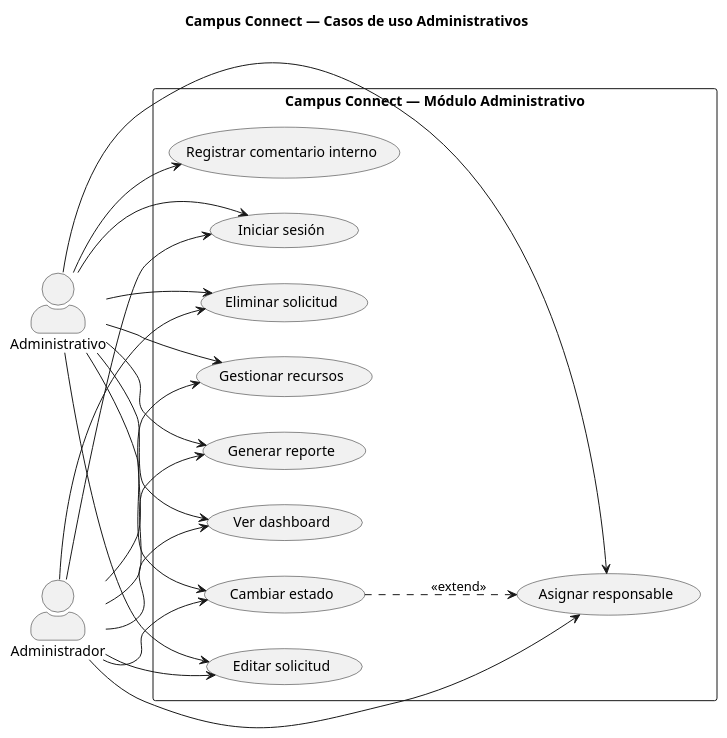
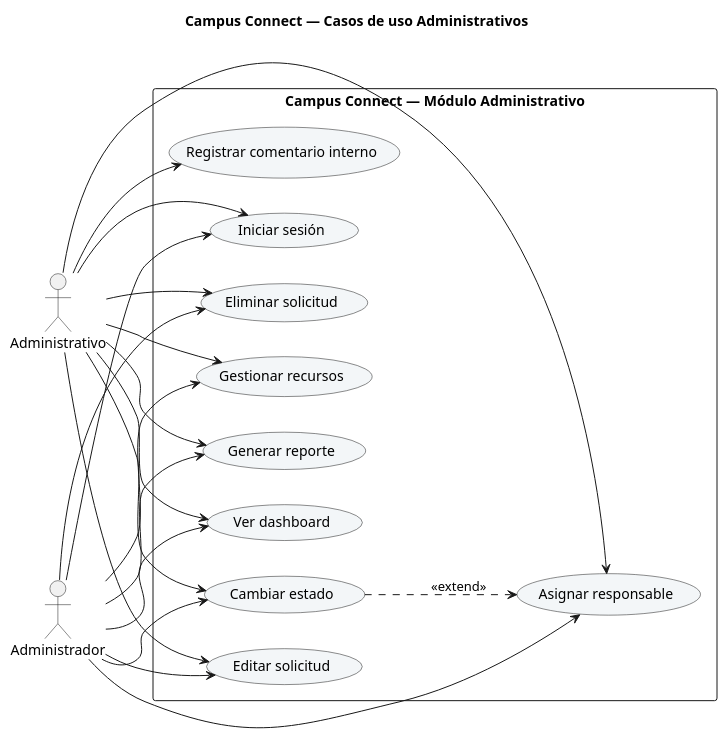
The diagram in docs/diagramas/casos-de-uso-administrativo.puml (SantiagoRoca23/CAMPUS_CONNECT), drawn with PlantUML before and after one commit. The commit also changed 19 other files, not shown here.

Commit message:
docs: informe Word de evidencias con diagramas UML y capturas

```diff
--- a/docs/diagramas/casos-de-uso-administrativo.puml
+++ b/docs/diagramas/casos-de-uso-administrativo.puml
@@ -1,44 +1,47 @@
 @startuml CampusConnect_Administrativo
 left to right direction
-skinparam actorStyle awesome
+skinparam actorStyle stickman
 skinparam shadowing false
+skinparam defaultFontName Arial
+skinparam usecaseBackgroundColor #F3F6F8
+skinparam backgroundColor #FFFFFF
 
 title Campus Connect — Casos de uso Administrativos
 
 actor "Administrativo" as A
 actor "Administrador" as Adm
 
 rectangle "Campus Connect — Módulo Administrativo" {
   usecase "Iniciar sesión" as Login
   usecase "Ver dashboard" as Dash
   usecase "Editar solicitud" as Editar
   usecase "Eliminar solicitud" as Eliminar
   usecase "Cambiar estado" as Estado
   usecase "Asignar responsable" as Asignar
   usecase "Gestionar recursos" as Recursos
   usecase "Generar reporte" as Reporte
   usecase "Registrar comentario interno" as Interno
 }
 
 A --> Login
 A --> Dash
 A --> Editar
 A --> Eliminar
 A --> Estado
 A --> Asignar
 A --> Recursos
 A --> Reporte
 A --> Interno
 
 Adm --> Login
 Adm --> Dash
 Adm --> Editar
 Adm --> Eliminar
 Adm --> Estado
 Adm --> Asignar
 Adm --> Recursos
 Adm --> Reporte
 
 Estado ..> Asignar : <<extend>>
 
 @enduml
```
